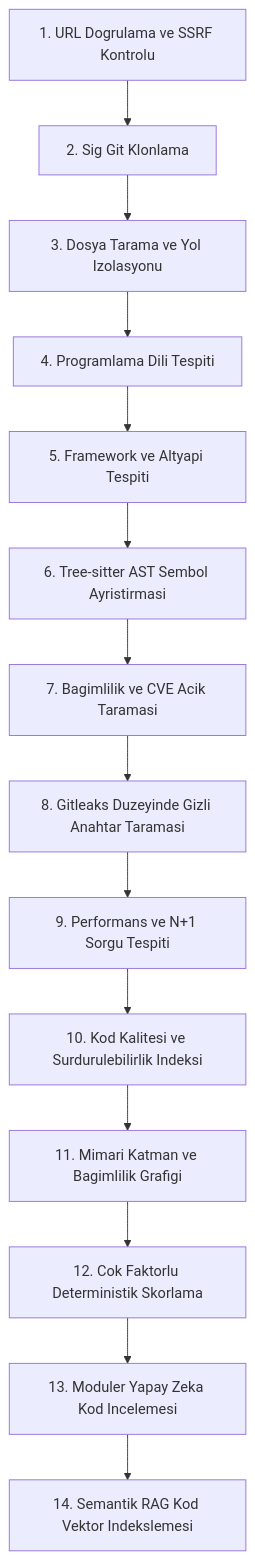
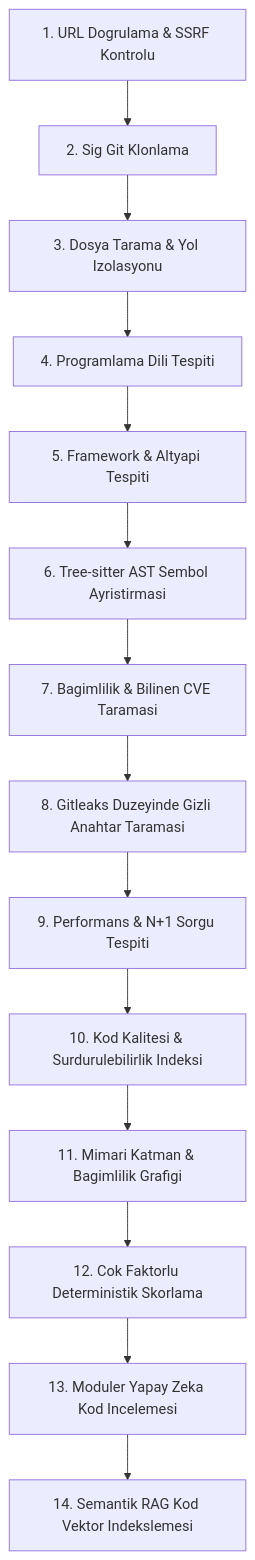
Before and after one commit to Berkan0535/-CodeXray: the second of 4 diagrams in README.md, drawn with Mermaid. The commit also changed other lines of this file, not shown here.

Commit message:
fix(docs): simplify Mermaid diagrams to universal graph TD syntax for seamless GitHub rendering

````diff
--- a/README.md
+++ b/README.md
@@ -68,19 +68,16 @@
 ```mermaid
-flowchart TD
-    S1["1. URL Dogrulama ve SSRF Kontrolu"]
-    S2["2. Sig Git Klonlama"]
-    S3["3. Dosya Tarama ve Yol Izolasyonu"]
-    S4["4. Programlama Dili Tespiti"]
-    S5["5. Framework ve Altyapi Tespiti"]
-    S6["6. Tree-sitter AST Sembol Ayristirmasi"]
-    S7["7. Bagimlilik ve CVE Acik Taramasi"]
-    S8["8. Gitleaks Duzeyinde Gizli Anahtar Taramasi"]
-    S9["9. Performans ve N+1 Sorgu Tespiti"]
-    S10["10. Kod Kalitesi ve Surdurulebilirlik Indeksi"]
-    S11["11. Mimari Katman ve Bagimlilik Grafigi"]
-    S12["12. Cok Faktorlu Deterministik Skorlama"]
-    S13["13. Moduler Yapay Zeka Kod Incelemesi"]
-    S14["14. Semantik RAG Kod Vektor Indekslemesi"]
-
-    S1 --> S2 --> S3 --> S4 --> S5 --> S6 --> S7 --> S8 --> S9 --> S10 --> S11 --> S12 --> S13 --> S14
+graph TD
+    S1["1. URL Dogrulama & SSRF Kontrolu"] --> S2["2. Sig Git Klonlama"]
+    S2 --> S3["3. Dosya Tarama & Yol Izolasyonu"]
+    S3 --> S4["4. Programlama Dili Tespiti"]
+    S4 --> S5["5. Framework & Altyapi Tespiti"]
+    S5 --> S6["6. Tree-sitter AST Sembol Ayristirmasi"]
+    S6 --> S7["7. Bagimlilik & Bilinen CVE Taramasi"]
+    S7 --> S8["8. Gitleaks Duzeyinde Gizli Anahtar Taramasi"]
+    S8 --> S9["9. Performans & N+1 Sorgu Tespiti"]
+    S9 --> S10["10. Kod Kalitesi & Surdurulebilirlik Indeksi"]
+    S10 --> S11["11. Mimari Katman & Bagimlilik Grafigi"]
+    S11 --> S12["12. Cok Faktorlu Deterministik Skorlama"]
+    S12 --> S13["13. Moduler Yapay Zeka Kod Incelemesi"]
+    S13 --> S14["14. Semantik RAG Kod Vektor Indekslemesi"]
 ```
````
